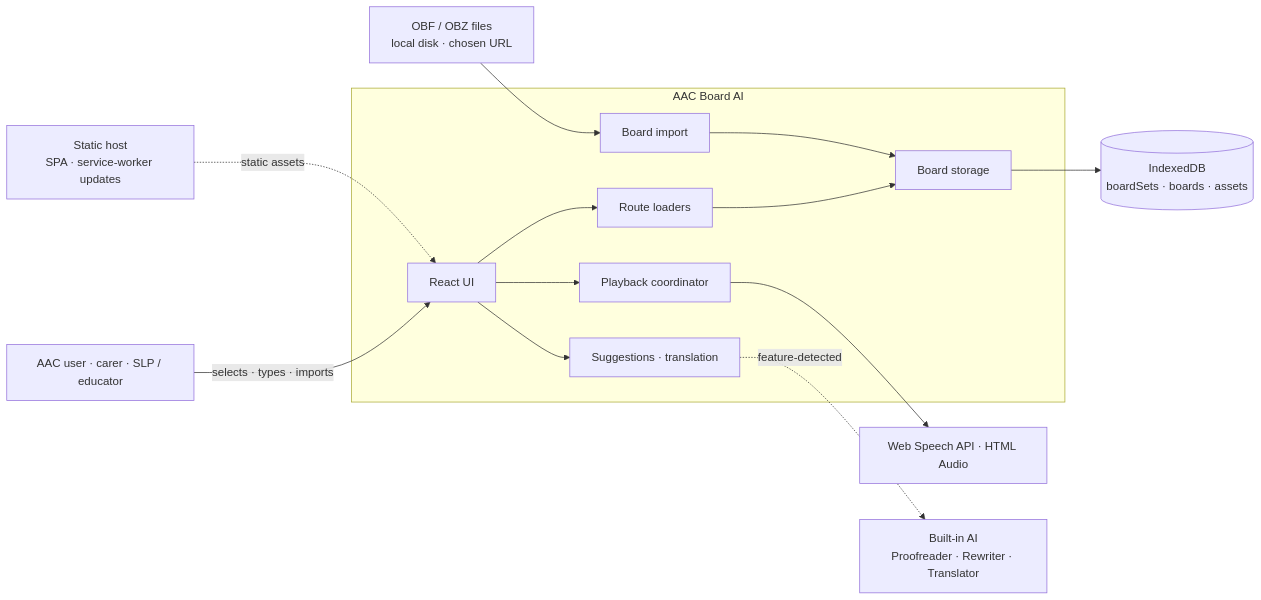
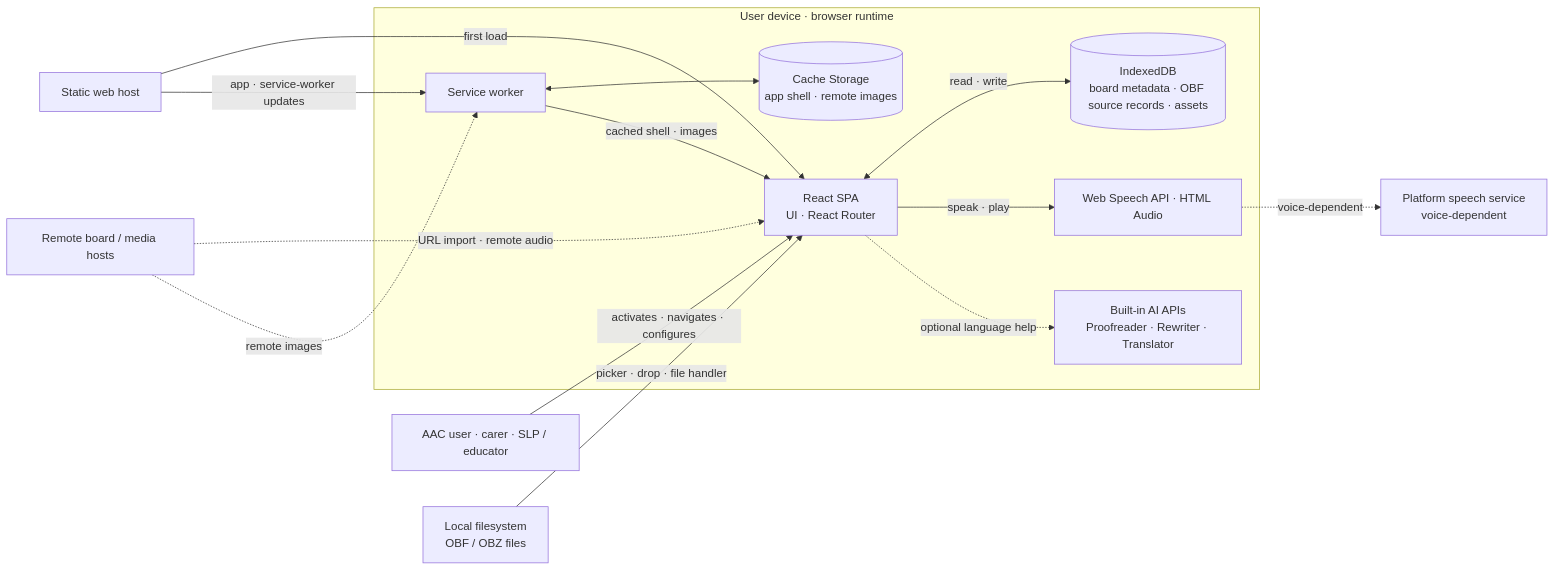
The first of 2 diagrams in docs/architecture.md (shayc/aac-board-ai), drawn with Mermaid before and after one commit. The commit also changed other lines of this file, not shown here.

Commit message:
docs: enhance architecture documentation for clarity and detail (#802)

````diff
--- a/docs/architecture.md
+++ b/docs/architecture.md
@@ -54,32 +54,34 @@
 ```mermaid
 flowchart LR
+    accTitle: AAC Board AI runtime and trust boundaries
+    accDescr: The device-local React app stores boards in the browser, uses browser output and optional built-in AI, and contacts network hosts only for loading, updates, URL imports, remote media, or a voice-dependent speech service.
+
     user["AAC user · carer · SLP / educator"]
-    files["OBF / OBZ files<br/>local disk · chosen URL"]
-    host["Static host<br/>SPA · service-worker updates"]
+    files["Local filesystem<br/>OBF / OBZ files"]
+    host["Static web host"]
+    remote["Remote board / media hosts"]
+    voice["Platform speech service<br/>voice-dependent"]
 
-    subgraph app["AAC Board AI"]
-        UI["React UI"]
-        LD["Route loaders"]
-        IMP["Board import"]
-        STG["Board storage"]
-        PLY["Playback coordinator"]
-        AIF["Suggestions · translation"]
+    subgraph browser["User device · browser runtime"]
+        SPA["React SPA<br/>UI · React Router"]
+        SW["Service worker"]
+        IDB[("IndexedDB<br/>board metadata · OBF source records · assets")]
+        CACHE[("Cache Storage<br/>app shell · remote images")]
+        OUT["Web Speech API · HTML Audio"]
+        AI["Built-in AI APIs<br/>Proofreader · Rewriter · Translator"]
 
-        UI --> LD
-        LD --> STG
-        IMP --> STG
-        UI --> PLY
-        UI --> AIF
+        SPA <-->|read · write| IDB
+        SW <--> CACHE
+        SW -->|cached shell · images| SPA
+        SPA -->|speak · play| OUT
+        SPA -.->|optional language help| AI
     end
 
-    IDB[("IndexedDB<br/>boardSets · boards · assets")]
-    OUT["Web Speech API · HTML Audio"]
-    AI["Built-in AI<br/>Proofreader · Rewriter · Translator"]
-
-    user -->|selects · types · imports| UI
-    files --> IMP
-    host -.->|static assets| UI
-    STG --> IDB
-    PLY --> OUT
-    AIF -.->|feature-detected| AI
+    user -->|activates · navigates · configures| SPA
+    files -->|picker · drop · file handler| SPA
+    host -->|first load| SPA
+    host -->|app · service-worker updates| SW
+    remote -.->|URL import · remote audio| SPA
+    remote -.->|remote images| SW
+    OUT -.->|voice-dependent| voice
 ```
````
